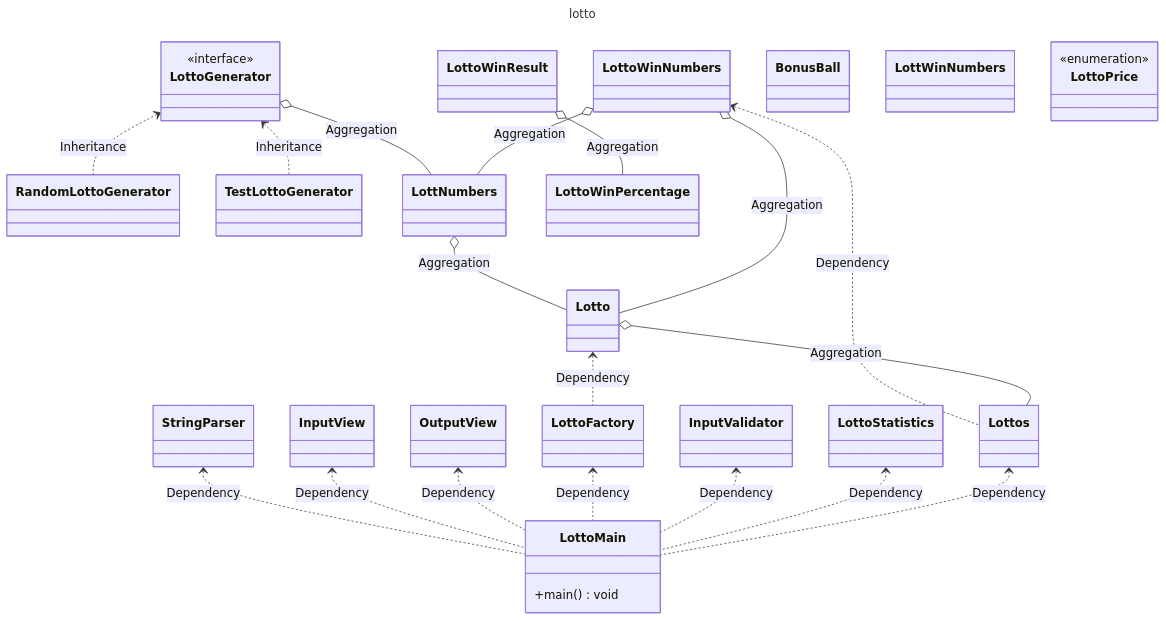
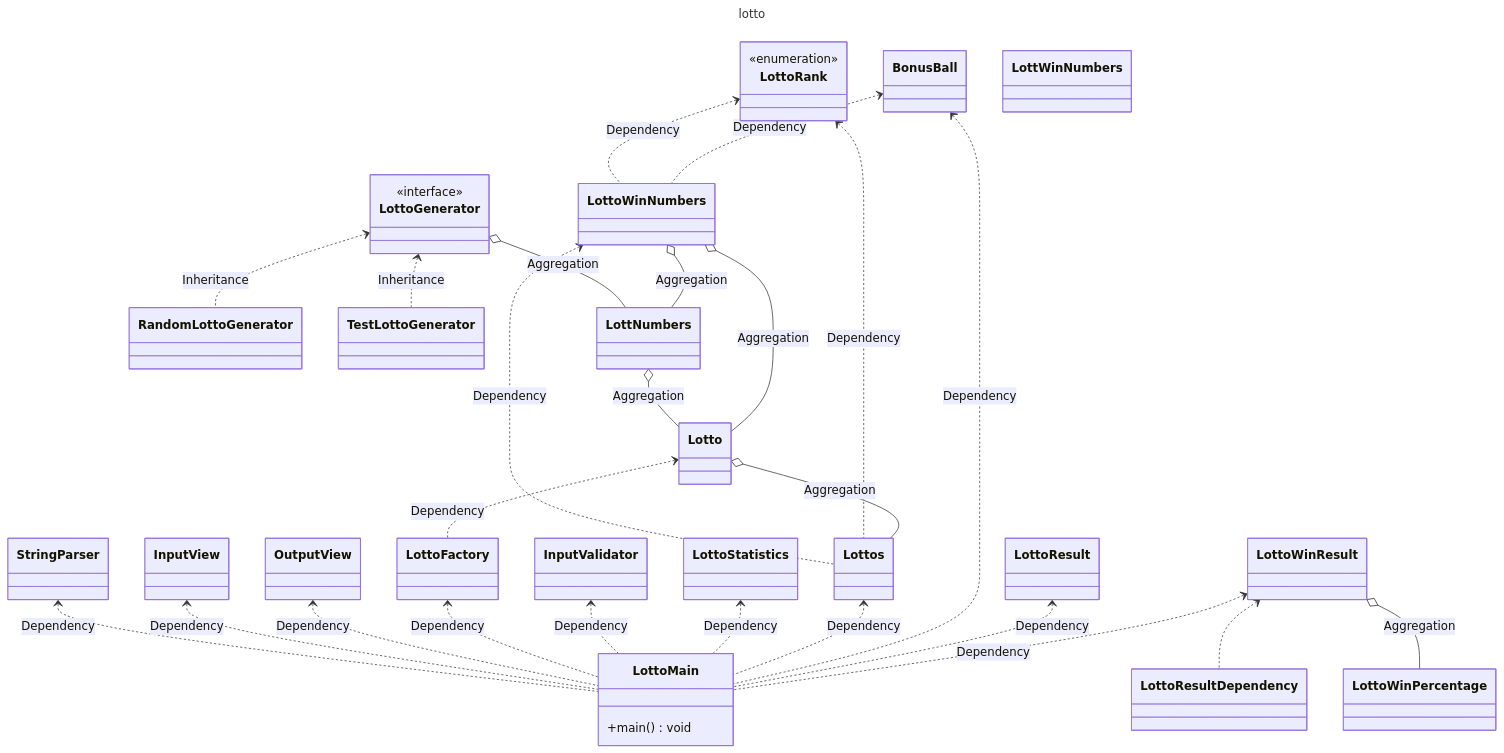
The diagram in README.md (next-step/java-lotto), drawn with Mermaid before and after one commit. The commit also changed other lines of this file and 19 other files, not shown here.

```diff
--- a/README.md
+++ b/README.md
@@ -23,15 +23,22 @@
     InputValidator <.. LottoMain: Dependency
     LottoStatistics <.. LottoMain: Dependency
     Lottos <.. LottoMain: Dependency
+    BonusBall <.. LottoMain: Dependency
+    LottoResult <.. LottoMain: Dependency
+    LottoWinResult <.. LottoMain: Dependency
     Lotto <.. LottoFactory: Dependency
     LottoGenerator <.. RandomLottoGenerator: Inheritance
     LottoGenerator <.. TestLottoGenerator: Inheritance
+    LottoRank <.. LottoWinNumbers: Dependency
+    BonusBall <.. LottoWinNumbers: Dependency
     LottoWinNumbers <.. Lottos: Dependency
+    LottoRank <.. Lottos: Dependency
     Lotto o-- Lottos: Aggregation
+    LottoWinResult <.. LottoResult Dependency
     LottNumbers o-- Lotto: Aggregation
+    LottoWinNumbers o-- Lotto: Aggregation
     LottoGenerator o-- LottNumbers: Aggregation
     LottoWinNumbers o-- LottNumbers: Aggregation
-    LottoWinNumbers o-- Lotto: Aggregation
     LottoWinResult o-- LottoWinPercentage: Aggregation
 
     class StringParser {
@@ -87,7 +94,7 @@
     class LottoWinPercentage {
     }
 
-    class LottoPrice {
+    class LottoRank {
         <<enumeration>>
     }
 
```
